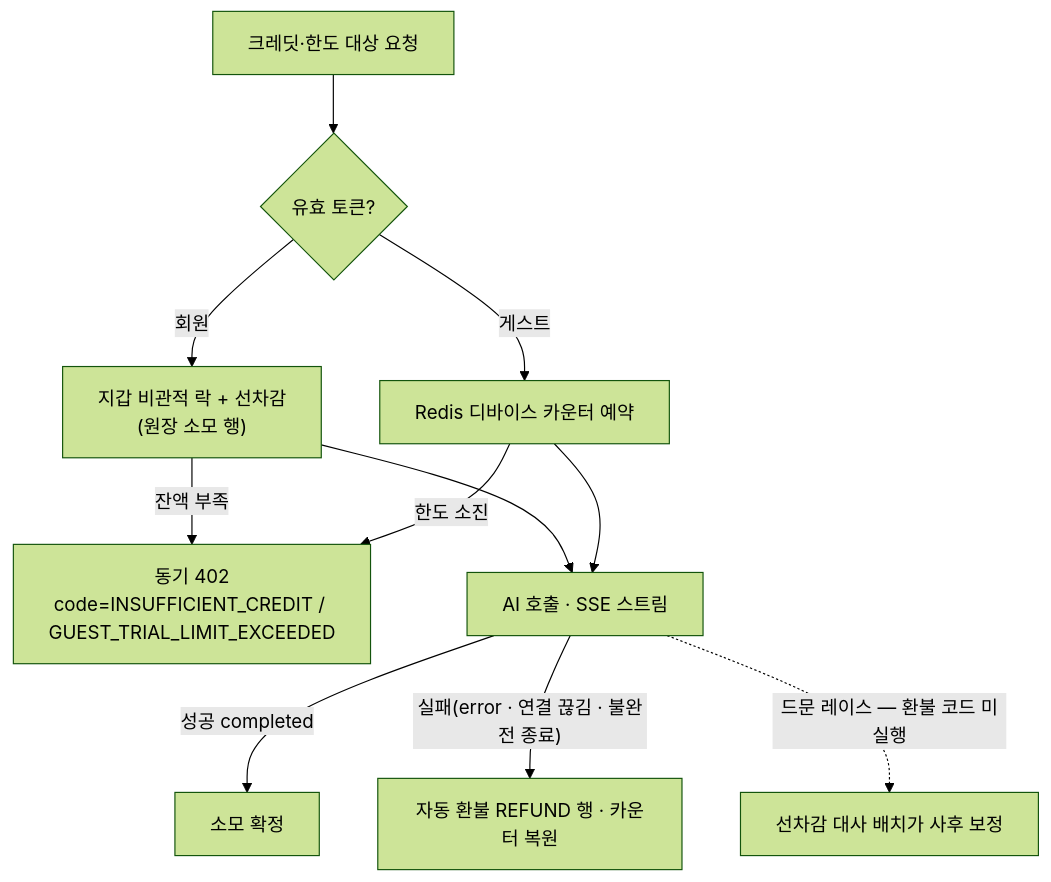
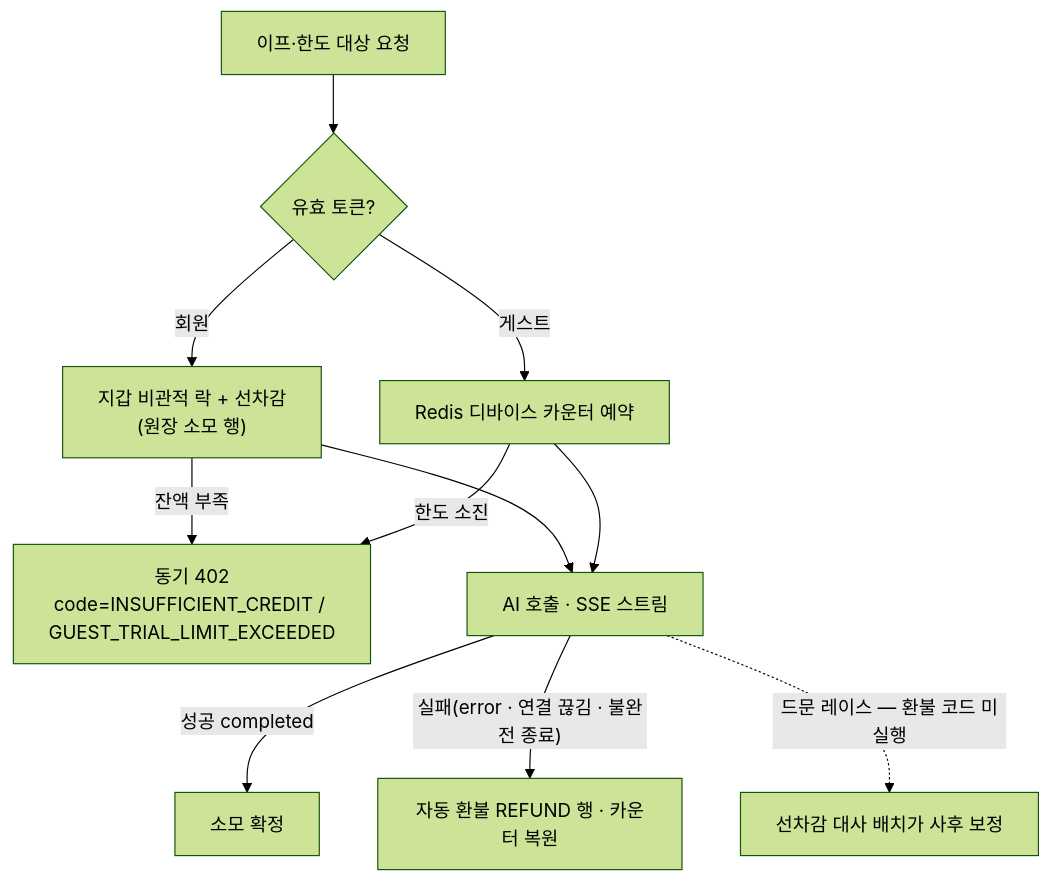
One commit to KIM-N-KANG/knk-harness changed the second of 2 diagrams in docs/product-specs/4-backend.md. Above: the diagram before and after it, drawn with Mermaid (forest theme). The commit also changed other lines of this file and 1 other file, not shown here.

````diff
--- a/docs/product-specs/4-backend.md
+++ b/docs/product-specs/4-backend.md
@@ -727,13 +727,13 @@
 ```mermaid
 graph TD
-    Req[크레딧·한도 대상 요청] --> Who{유효 토큰?}
+    Req[이프·한도 대상 요청] --> Who{유효 토큰?}
     Who -->|회원| Charge["지갑 비관적 락 + 선차감<br/>(원장 소모 행)"]
     Who -->|게스트| Guest[Redis 디바이스 카운터 예약]
     Charge -->|잔액 부족| P402["동기 402<br/>code=INSUFFICIENT_CREDIT / GUEST_TRIAL_LIMIT_EXCEEDED"]
     Guest -->|한도 소진| P402
     Charge --> Run[AI 호출 · SSE 스트림]
     Guest --> Run
     Run -->|성공 completed| Done[소모 확정]
     Run -->|"실패(error · 연결 끊김 · 불완전 종료)"| Refund[자동 환불 REFUND 행 · 카운터 복원]
     Run -.->|드문 레이스 — 환불 코드 미실행| Batch[선차감 대사 배치가 사후 보정]
 ```
````
